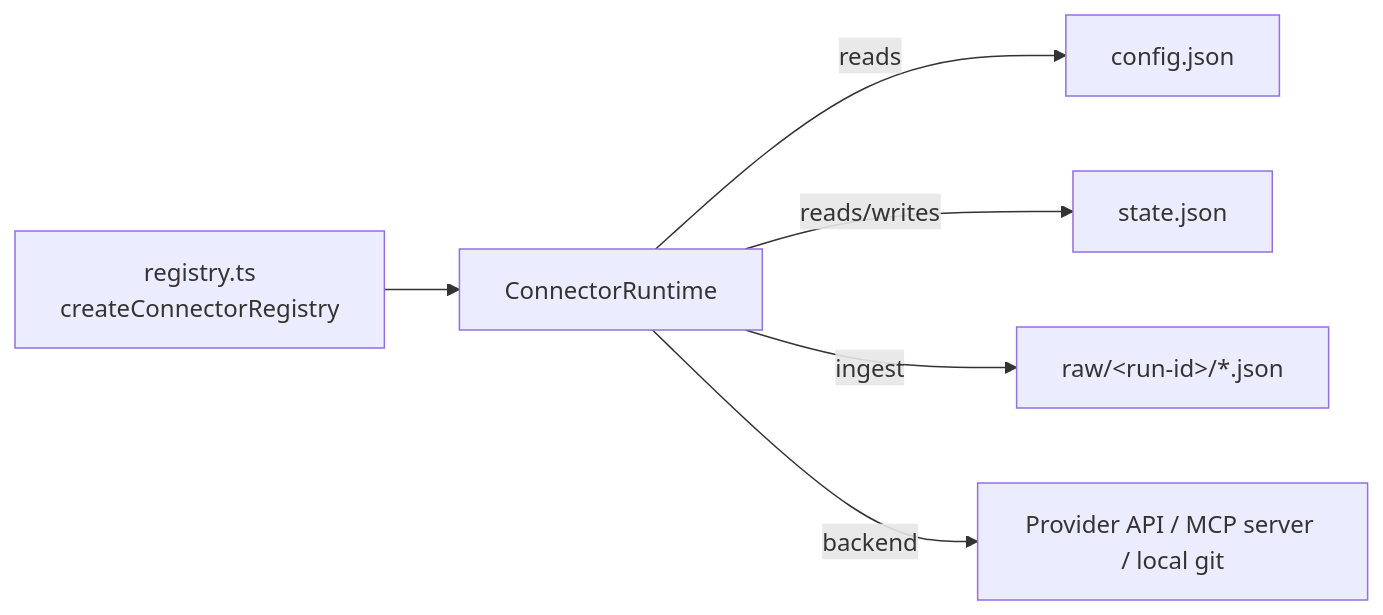
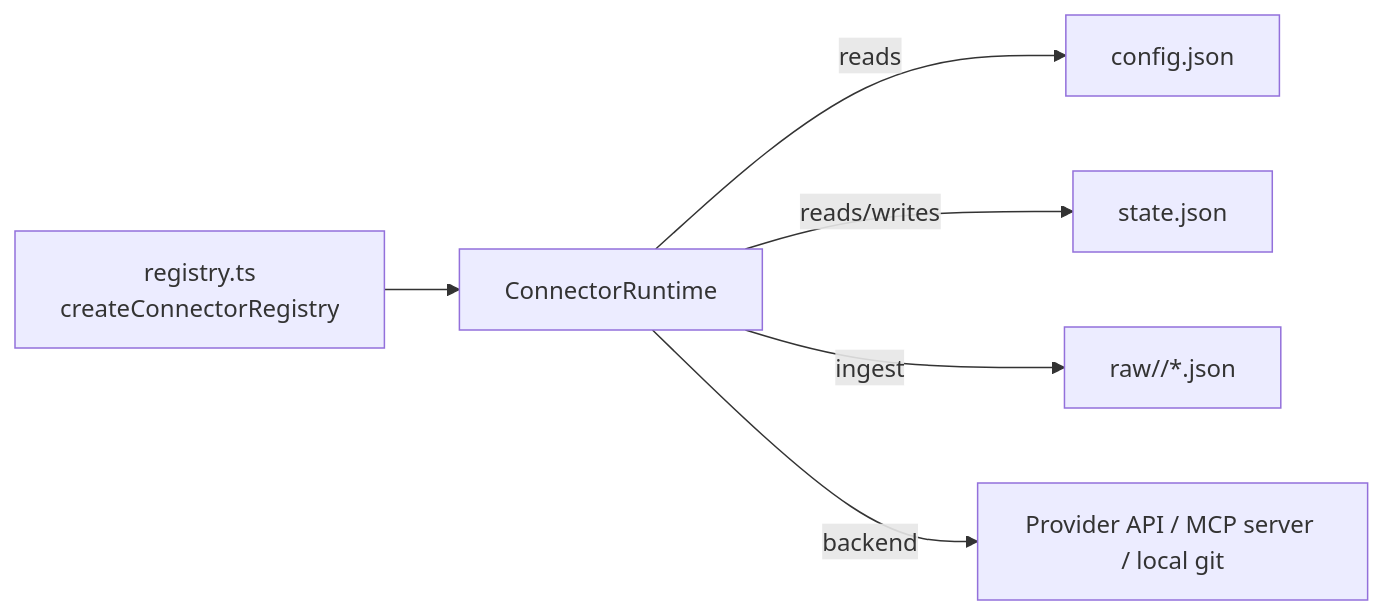
The diagram in openwiki/integrations/connectors.md (langchain-ai/openwiki), drawn with Mermaid before and after one commit. The commit also changed other lines of this file and 15 other files, not shown here.

````diff
--- a/openwiki/integrations/connectors.md
+++ b/openwiki/integrations/connectors.md
@@ -91,8 +91,8 @@
 ```mermaid
 flowchart LR
   reg[registry.ts<br/>createConnectorRegistry] --> rt[ConnectorRuntime]
   rt -->|reads| cfg[config.json]
   rt -->|reads/writes| st[state.json]
-  rt -->|ingest| raw[raw/&lt;run-id&gt;/*.json]
+  rt -->|ingest| raw[raw/<run-id>/*.json]
   rt -->|backend| api[Provider API / MCP server / local git]
 ```
````
